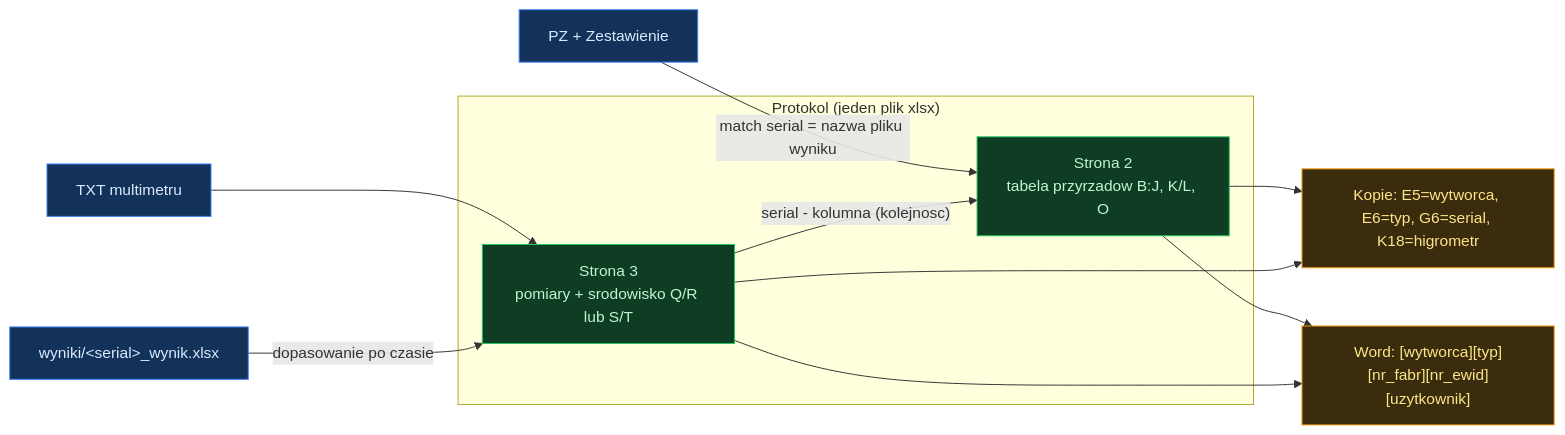
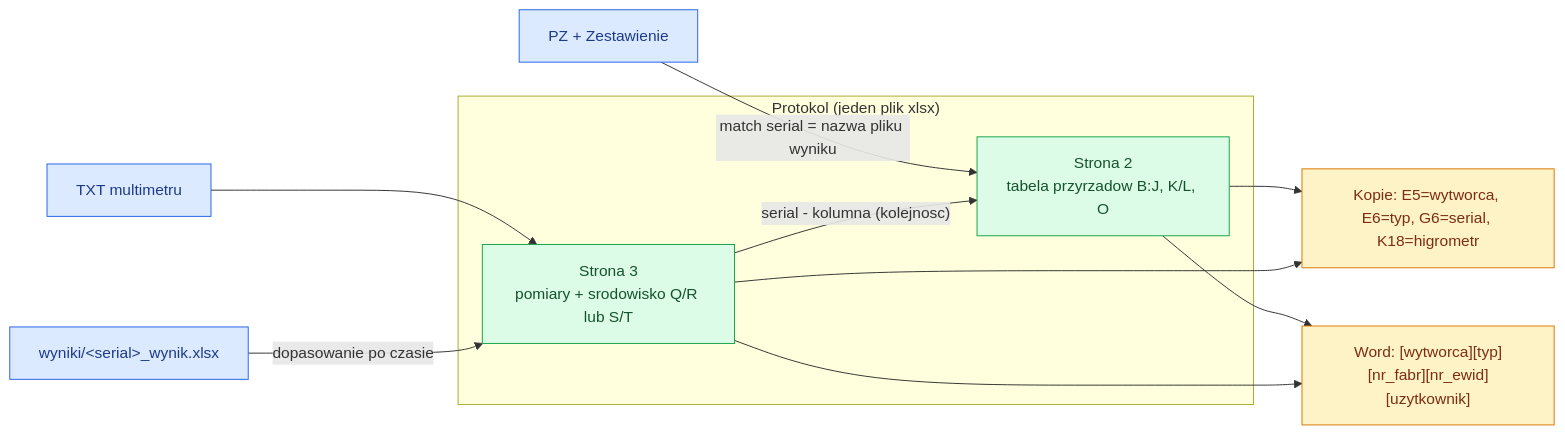
One commit to Azhdzer/script-protokol-arkusz-cc-clean changed the fifth of 5 diagrams in README.md. Above: the diagram before and after it, drawn with Mermaid. The commit also changed other lines of this file and 1 other file, not shown here.

First line of the commit message:
Docs: mega-schemat pelnego obiegu (FAZA 0 -> analiza -> obserwacja -> arkusze)

````diff
--- a/README.md
+++ b/README.md
@@ -129,25 +216,25 @@
 ```mermaid
 flowchart LR
   subgraph P["Protokol (jeden plik xlsx)"]
     S2["Strona 2<br/>tabela przyrzadow B:J, K/L, O"]
     S3["Strona 3<br/>pomiary + srodowisko Q/R lub S/T"]
   end
   WYN["wyniki/&lt;serial&gt;_wynik.xlsx"]
   PZ["PZ + Zestawienie"]
   TXT["TXT multimetru"]
   TXT --> S3
   WYN -->|"dopasowanie po czasie"| S3
   PZ -->|"match serial = nazwa pliku wyniku"| S2
   S3 -->|"serial - kolumna (kolejnosc)"| S2
   S2 --> KOP["Kopie: E5=wytworca, E6=typ, G6=serial, K18=higrometr"]
   S3 --> KOP
   S2 --> DOC["Word: [wytworca][typ][nr_fabr][nr_ewid][uzytkownik]"]
   S3 --> DOC
 
-  classDef in fill:#12325a,stroke:#3b82f6,color:#dbeafe;
-  classDef xf fill:#3a2c0c,stroke:#f59e0b,color:#fde68a;
-  classDef out fill:#0f3d24,stroke:#22c55e,color:#bbf7d0;
+  classDef in fill:#dbeafe,stroke:#2563eb,color:#1e3a8a;
+  classDef xf fill:#fef3c7,stroke:#d97706,color:#7c2d12;
+  classDef out fill:#dcfce7,stroke:#16a34a,color:#14532d;
   class WYN,PZ,TXT in
   class KOP,DOC xf
   class S2,S3 out
 ```
````
